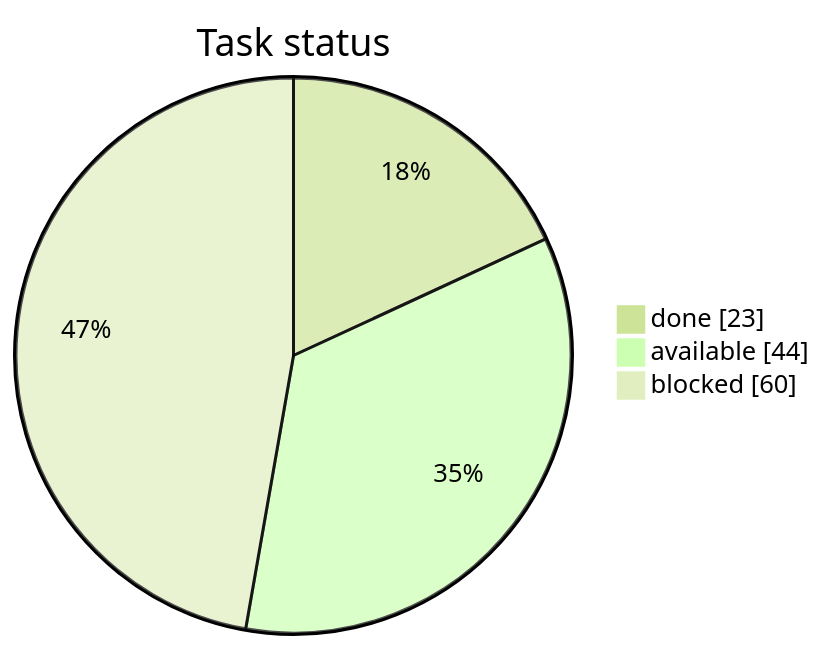
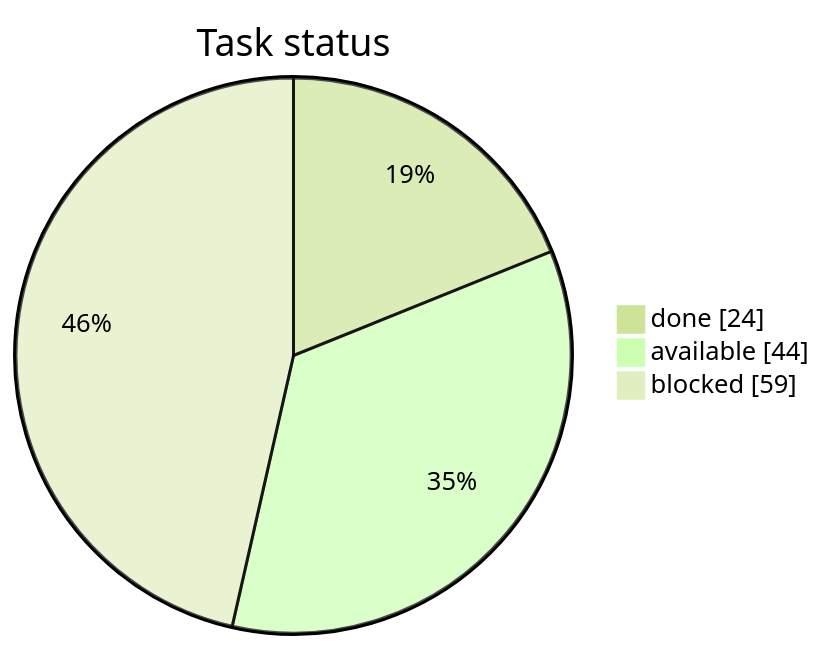
Before and after one commit to artemiiShabanov/RallyRivals: the first of 3 diagrams in STATUS.md, drawn with Mermaid (forest theme). The commit also changed other lines of this file and 6 other files, not shown here.

````diff
--- a/STATUS.md
+++ b/STATUS.md
@@ -7,7 +7,7 @@
 ```mermaid
 pie showData
     title Task status
-    "done" : 23
+    "done" : 24
     "available" : 44
-    "blocked" : 60
+    "blocked" : 59
 ```
````
